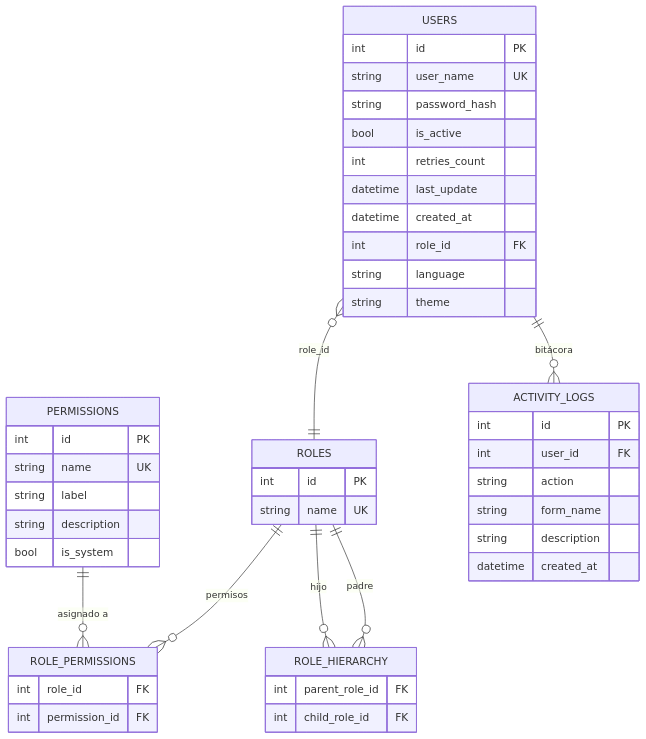
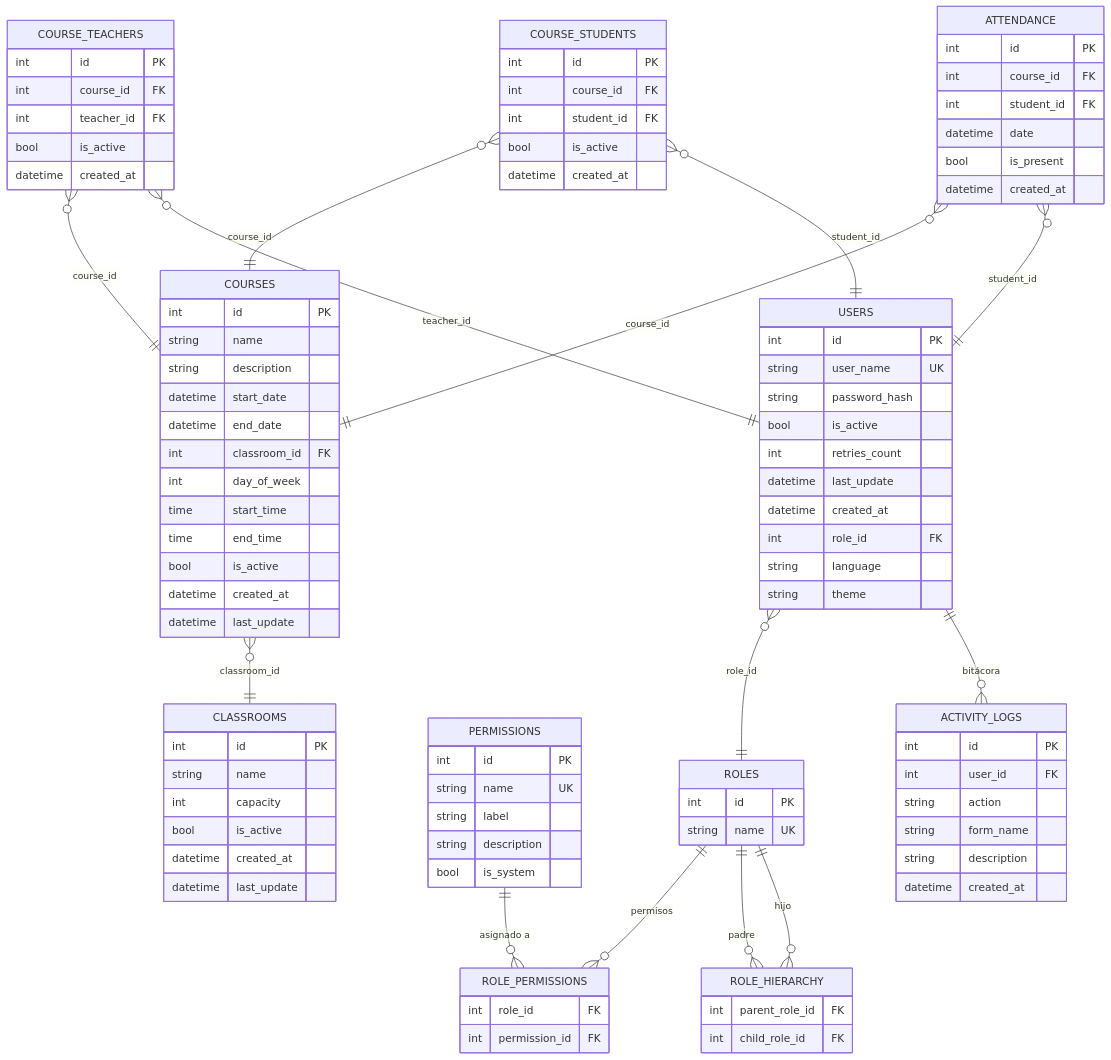
The diagram in docs/mermaid-live/er.md (DarioZubaray/Proyecto-Final), drawn with Mermaid before and after one commit. The commit also changed 26 other files, not shown here.

Commit message:
updating diagrams

````diff
--- a/docs/mermaid-live/er.md
+++ b/docs/mermaid-live/er.md
@@ -39,6 +39,50 @@
         string description
         datetime created_at
     }
+    CLASSROOMS {
+        int id PK
+        string name
+        int capacity
+        bool is_active
+        datetime created_at
+        datetime last_update
+    }
+    COURSES {
+        int id PK
+        string name
+        string description
+        datetime start_date
+        datetime end_date
+        int classroom_id FK
+        int day_of_week
+        time start_time
+        time end_time
+        bool is_active
+        datetime created_at
+        datetime last_update
+    }
+    COURSE_TEACHERS {
+        int id PK
+        int course_id FK
+        int teacher_id FK
+        bool is_active
+        datetime created_at
+    }
+    COURSE_STUDENTS {
+        int id PK
+        int course_id FK
+        int student_id FK
+        bool is_active
+        datetime created_at
+    }
+    ATTENDANCE {
+        int id PK
+        int course_id FK
+        int student_id FK
+        datetime date
+        bool is_present
+        datetime created_at
+    }
 
     USERS }o--|| ROLES : "role_id"
     ROLES ||--o{ ROLE_PERMISSIONS : "permisos"
@@ -46,4 +90,11 @@
     ROLES ||--o{ ROLE_HIERARCHY : "padre"
     ROLES ||--o{ ROLE_HIERARCHY : "hijo"
     USERS ||--o{ ACTIVITY_LOGS : "bitácora"
+    COURSES }o--|| CLASSROOMS : "classroom_id"
+    COURSE_TEACHERS }o--|| COURSES : "course_id"
+    COURSE_TEACHERS }o--|| USERS : "teacher_id"
+    COURSE_STUDENTS }o--|| COURSES : "course_id"
+    COURSE_STUDENTS }o--|| USERS : "student_id"
+    ATTENDANCE }o--|| COURSES : "course_id"
+    ATTENDANCE }o--|| USERS : "student_id"
 ```
````
